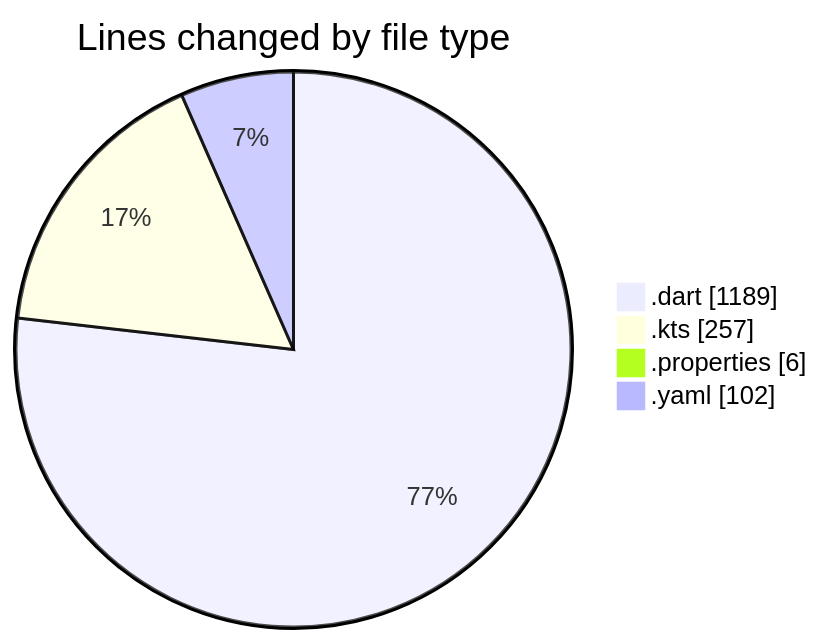
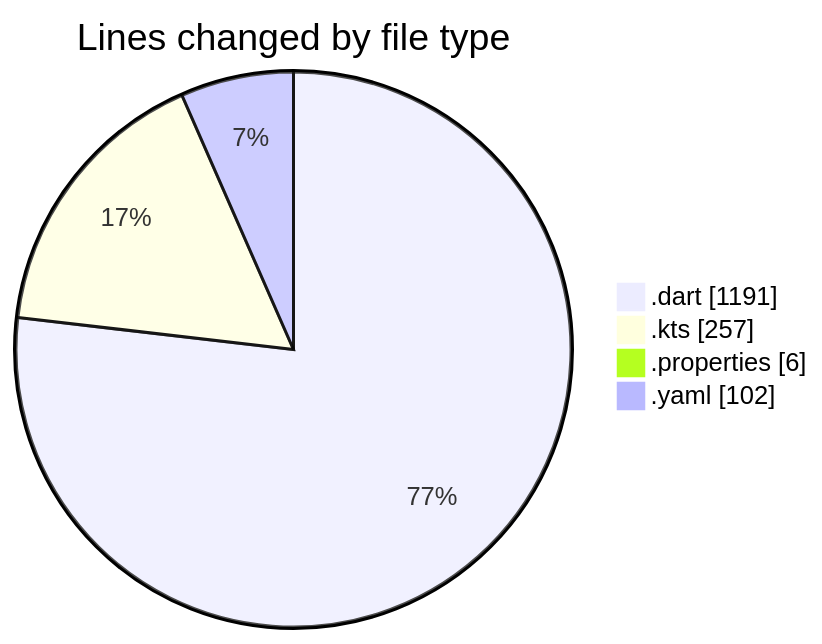
The first of 2 diagrams in 2025-02-24/drivers_app/README.md (donsfak/code-tracking), drawn with Mermaid before and after one commit. The commit also changed other lines of this file and 1 other file, not shown here.

````diff
--- a/2025-02-24/drivers_app/README.md
+++ b/2025-02-24/drivers_app/README.md
@@ -27,8 +27,8 @@
 ```mermaid
 pie showData
 title Lines changed by file type
-".dart" : 1189
+".dart" : 1191
 ".kts" : 257
 ".properties" : 6
 ".yaml" : 102
 ```
````
